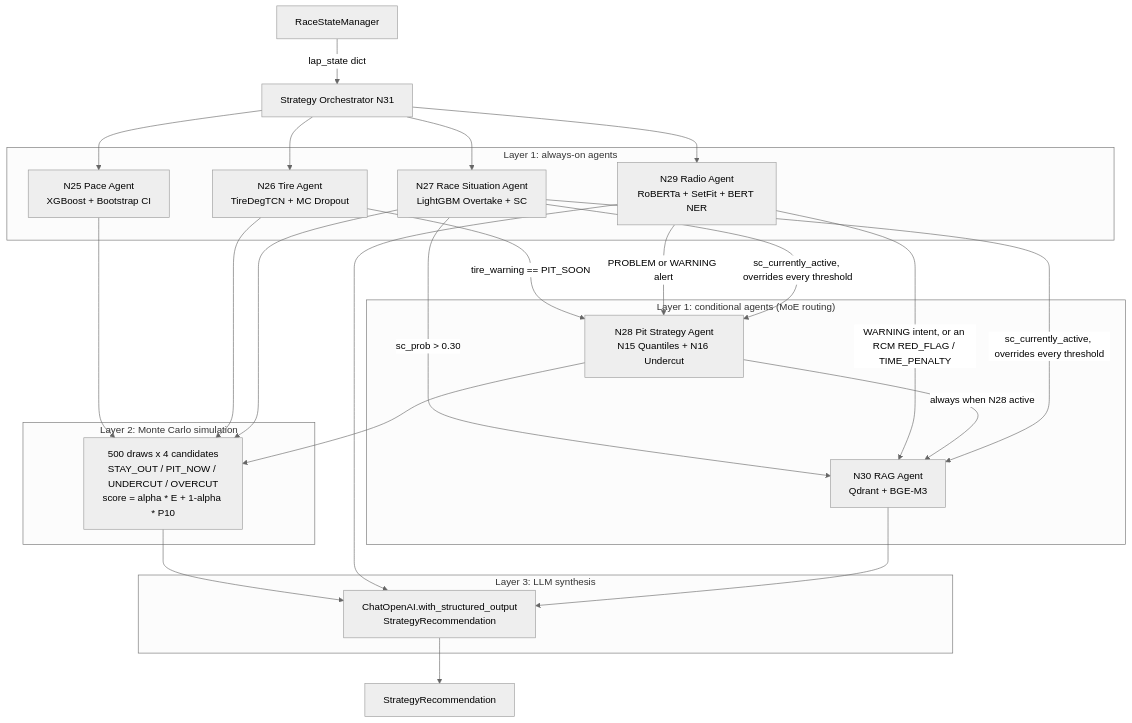
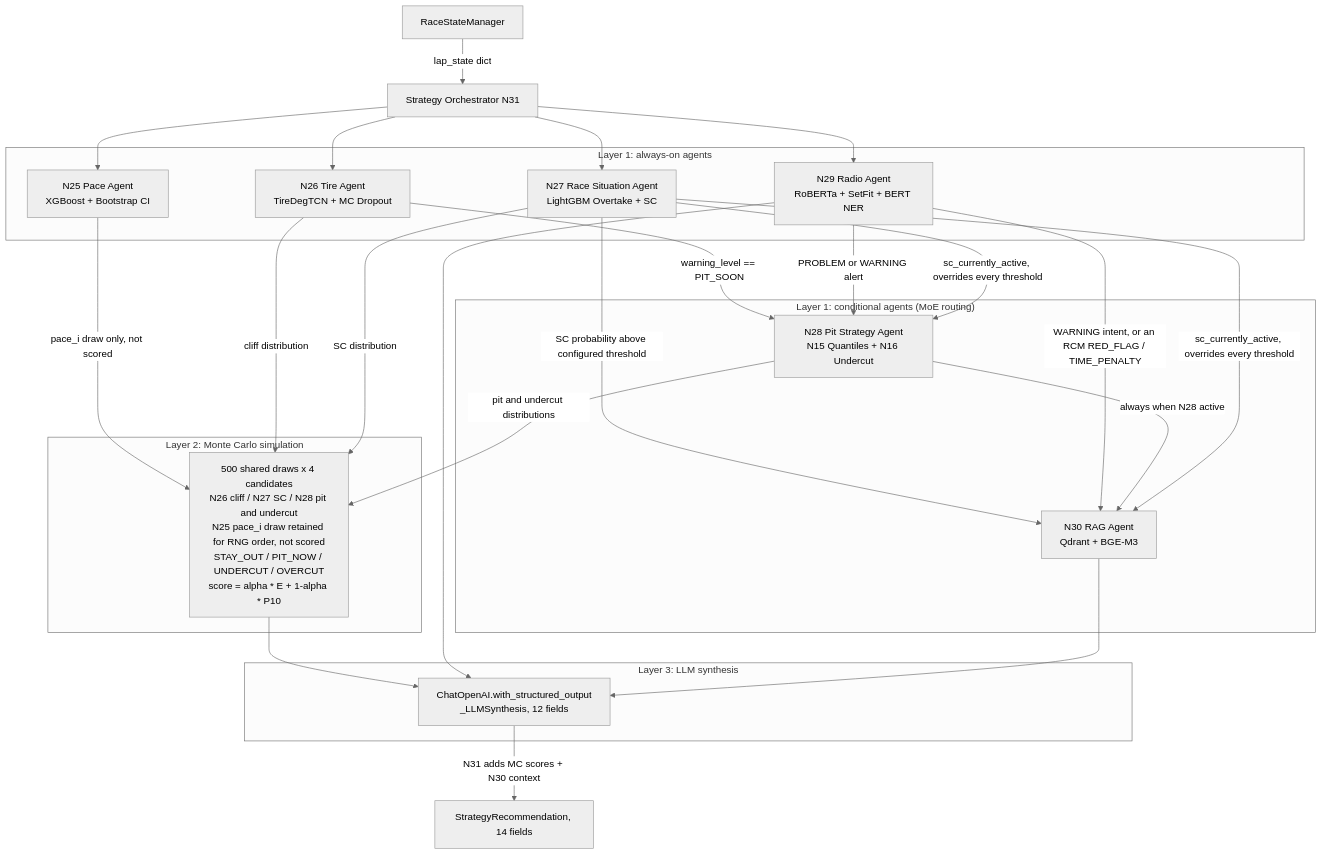
Before and after one commit to VforVitorio/F1-StratLab: the first of 3 diagrams in docs/pages/multi-agent.md, drawn with Mermaid (neutral theme). The commit also changed other lines of this file and 9 other files, not shown here.

Commit message:
docs: align diagrams with runtime contracts

````diff
--- a/docs/pages/multi-agent.md
+++ b/docs/pages/multi-agent.md
@@ -11,46 +11,46 @@
 ```mermaid
 graph TD
     RSM[RaceStateManager] -->|lap_state dict| ORCH[Strategy Orchestrator N31]
 
     subgraph "Layer 1: always-on agents"
         N25[N25 Pace Agent<br/>XGBoost + Bootstrap CI]
         N26[N26 Tire Agent<br/>TireDegTCN + MC Dropout]
         N27[N27 Race Situation Agent<br/>LightGBM Overtake + SC]
         N29[N29 Radio Agent<br/>RoBERTa + SetFit + BERT NER]
     end
 
     subgraph "Layer 1: conditional agents (MoE routing)"
         N28[N28 Pit Strategy Agent<br/>N15 Quantiles + N16 Undercut]
         N30[N30 RAG Agent<br/>Qdrant + BGE-M3]
     end
 
     ORCH --> N25
     ORCH --> N26
     ORCH --> N27
     ORCH --> N29
 
-    N26 -->|tire_warning == PIT_SOON| N28
+    N26 -->|warning_level == PIT_SOON| N28
     N29 -->|PROBLEM or WARNING alert| N28
-    N27 -->|sc_prob > 0.30| N30
+    N27 -->|SC probability above configured threshold| N30
     N29 -->|WARNING intent, or an RCM RED_FLAG / TIME_PENALTY| N30
     N28 -->|always when N28 active| N30
     N27 -->|sc_currently_active, overrides every threshold| N28
     N27 -->|sc_currently_active, overrides every threshold| N30
 
     subgraph "Layer 2: Monte Carlo simulation"
-        MC[500 draws x 4 candidates<br/>STAY_OUT / PIT_NOW / UNDERCUT / OVERCUT<br/>score = alpha * E + 1-alpha * P10]
+        MC[500 shared draws x 4 candidates<br/>N26 cliff / N27 SC / N28 pit and undercut<br/>N25 pace_i draw retained for RNG order, not scored<br/>STAY_OUT / PIT_NOW / UNDERCUT / OVERCUT<br/>score = alpha * E + 1-alpha * P10]
     end
 
     subgraph "Layer 3: LLM synthesis"
-        LLM[ChatOpenAI.with_structured_output<br/>StrategyRecommendation]
+        LLM[ChatOpenAI.with_structured_output<br/>_LLMSynthesis, 12 fields]
     end
 
-    N25 --> MC
-    N26 --> MC
-    N27 --> MC
-    N28 --> MC
+    N25 -->|pace_i draw only, not scored| MC
+    N26 -->|cliff distribution| MC
+    N27 -->|SC distribution| MC
+    N28 -->|pit and undercut distributions| MC
     MC --> LLM
     N29 --> LLM
     N30 --> LLM
-    LLM --> REC[StrategyRecommendation]
+    LLM -->|N31 adds MC scores + N30 context| REC[StrategyRecommendation, 14 fields]
 ```
````
